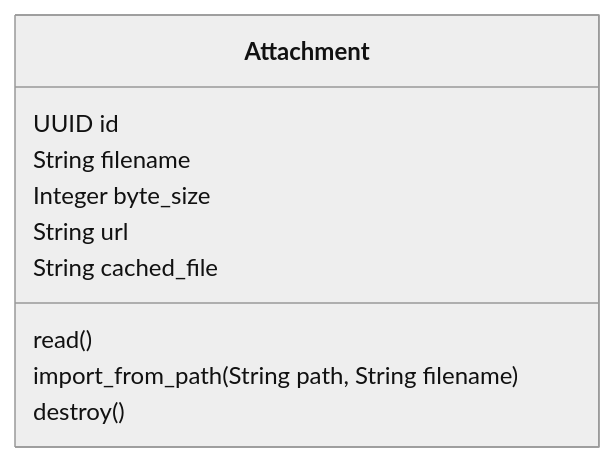
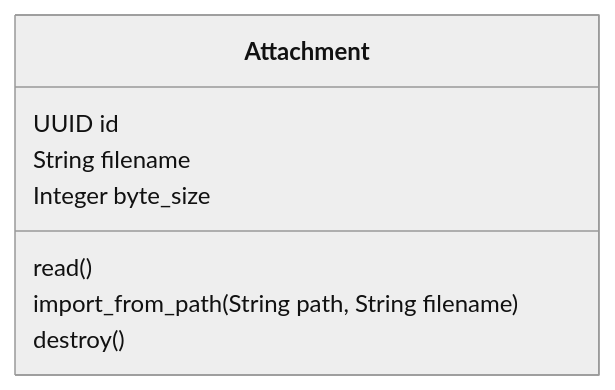
Before and after one commit to zebbra/data_aggregator: the diagram in lib/data_aggregator/files/files-mermaid-class-diagram.md, drawn with Mermaid (neutral theme). The commit also changed 140 other files, not shown here.

````diff
--- a/lib/data_aggregator/files/files-mermaid-class-diagram.md
+++ b/lib/data_aggregator/files/files-mermaid-class-diagram.md
@@ -1,16 +1,14 @@
 ```mermaid
 classDiagram
     class Attachment {
         UUID id
         String filename
         Integer byte_size
-        String url
-        String cached_file
         read()
         import_from_path(String path, String filename)
         destroy()
     }
 
 
 
 ```
````
